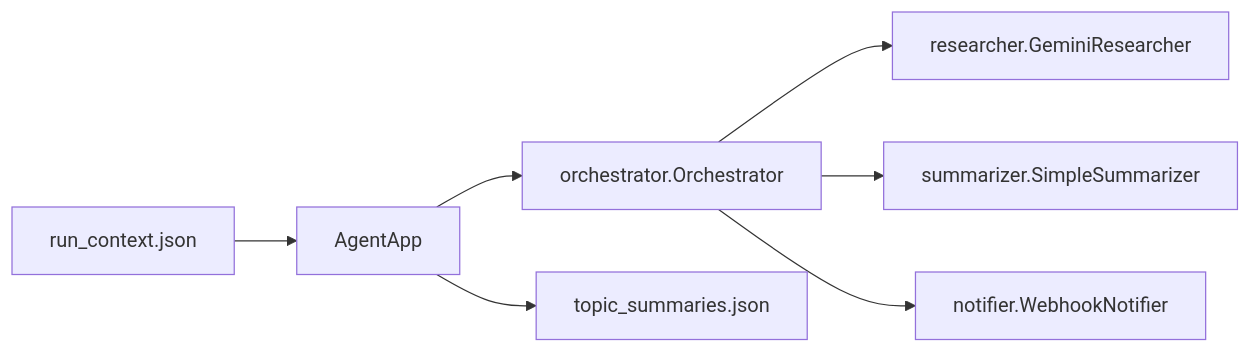
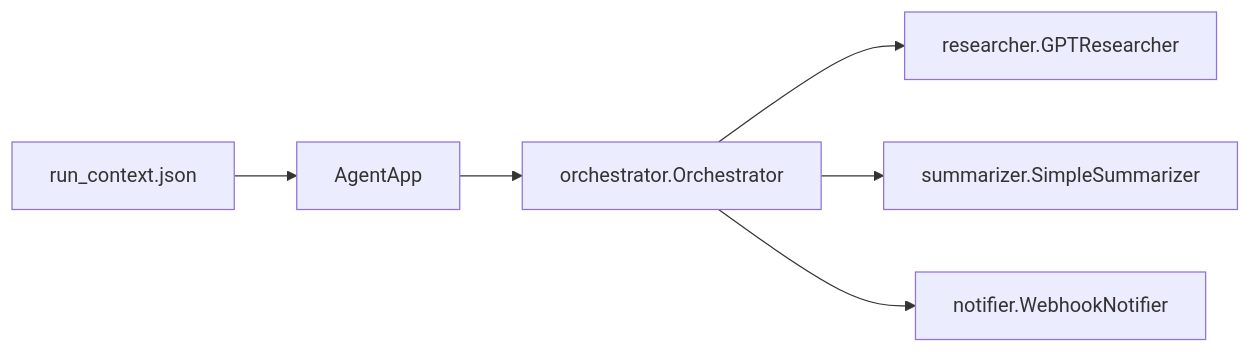
The first of 2 diagrams in README.md (hondaya14/bulknews-agent), drawn with Mermaid before and after one commit. The commit also changed other lines of this file and 7 other files, not shown here.

````diff
--- a/README.md
+++ b/README.md
@@ -24,9 +24,8 @@
 ```mermaid
 flowchart LR
   RC[run_context.json] --> APP[AgentApp]
   APP --> ORCH[orchestrator.Orchestrator]
-  ORCH --> DR[researcher.GeminiResearcher]
+  ORCH --> DR[researcher.GPTResearcher]
   ORCH --> SUM[summarizer.SimpleSummarizer]
   ORCH --> NOTI[notifier.WebhookNotifier]
-  APP --> OUTJSON[topic_summaries.json]
 ```
````
